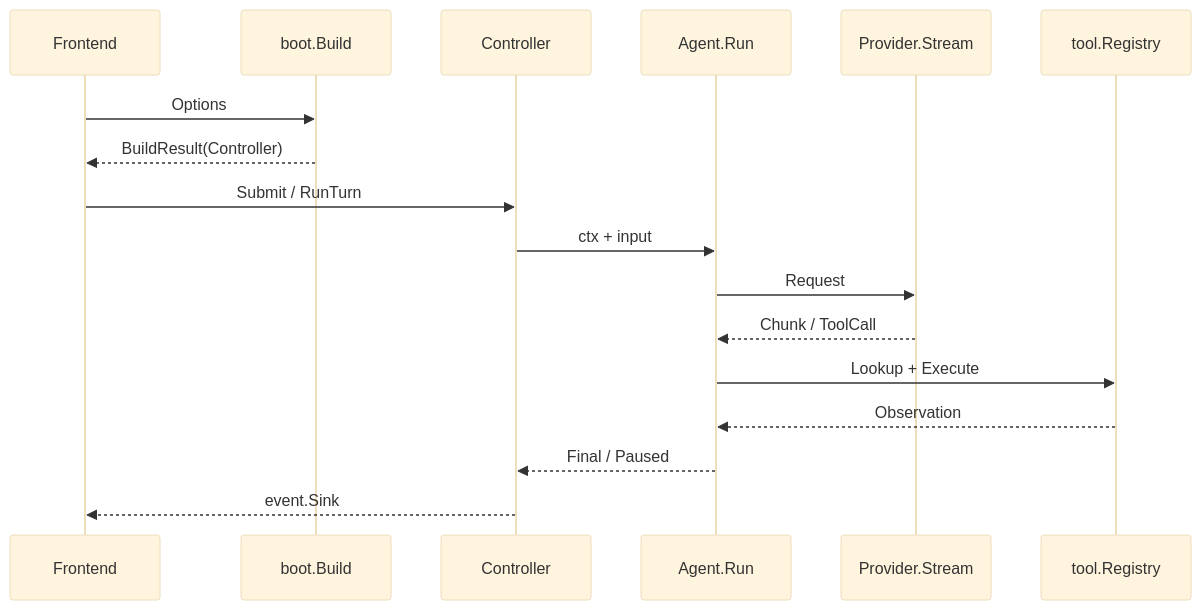
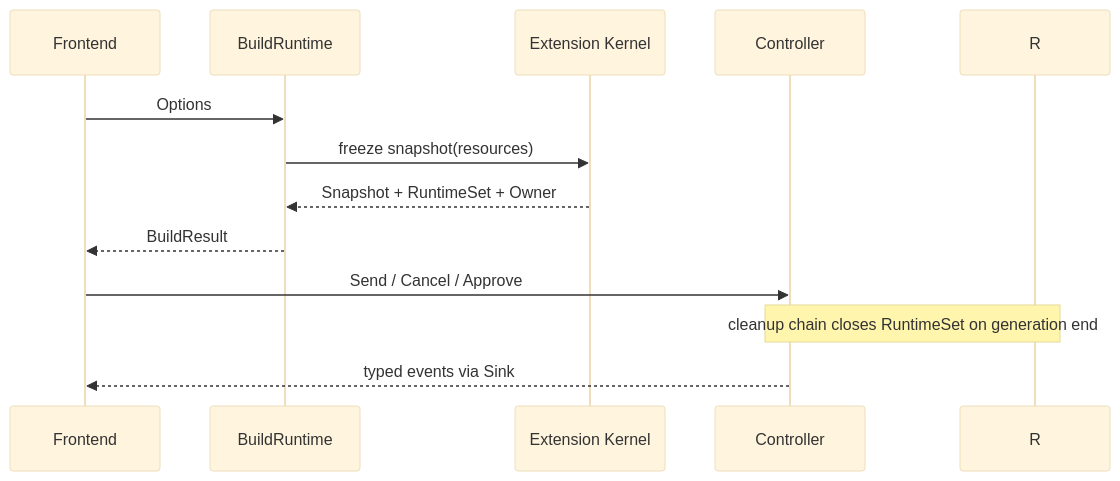
Before and after one commit to xiaoslin9153/awesome-agent-harness-tutorial: the second of 2 diagrams in tutorial/zh-CN/03-frameworks/reasonix/overview.md, drawn with Mermaid (base theme). The commit also changed other lines of this file and 3 other files, not shown here.

````diff
--- a/tutorial/zh-CN/03-frameworks/reasonix/overview.md
+++ b/tutorial/zh-CN/03-frameworks/reasonix/overview.md
@@ -101,19 +91,14 @@
 ```mermaid
 sequenceDiagram
   participant F as Frontend
-  participant B as boot.Build
+  participant B as BuildRuntime
+  participant K as Extension Kernel
   participant C as Controller
-  participant A as Agent.Run
-  participant P as Provider.Stream
-  participant R as tool.Registry
   F->>B: Options
-  B-->>F: BuildResult(Controller)
-  F->>C: Submit / RunTurn
-  C->>A: ctx + input
-  A->>P: Request
-  P-->>A: Chunk / ToolCall
-  A->>R: Lookup + Execute
-  R-->>A: Observation
-  A-->>C: Final / Paused
-  C-->>F: event.Sink
+  B->>K: freeze snapshot(resources)
+  K-->>B: Snapshot + RuntimeSet + Owner
+  B-->>F: BuildResult
+  F->>C: Send / Cancel / Approve
+  Note over C,R: cleanup chain closes RuntimeSet on generation end
+  C-->>F: typed events via Sink
 ```
````
